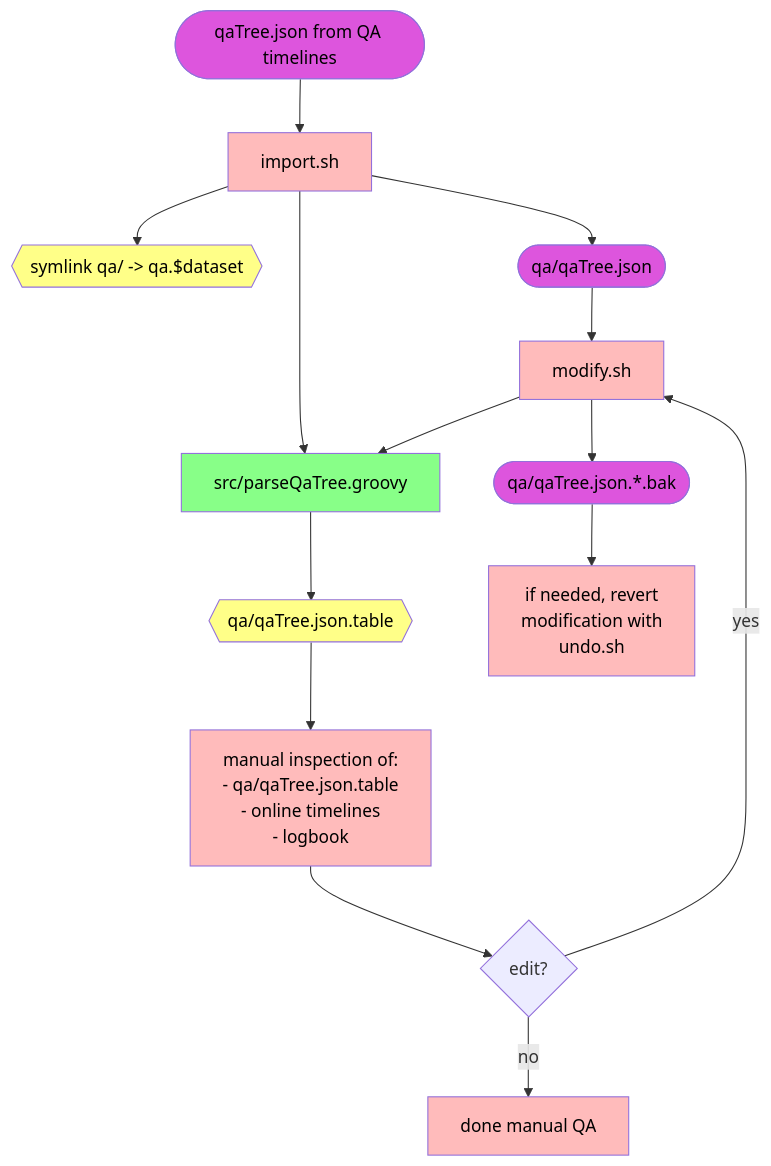
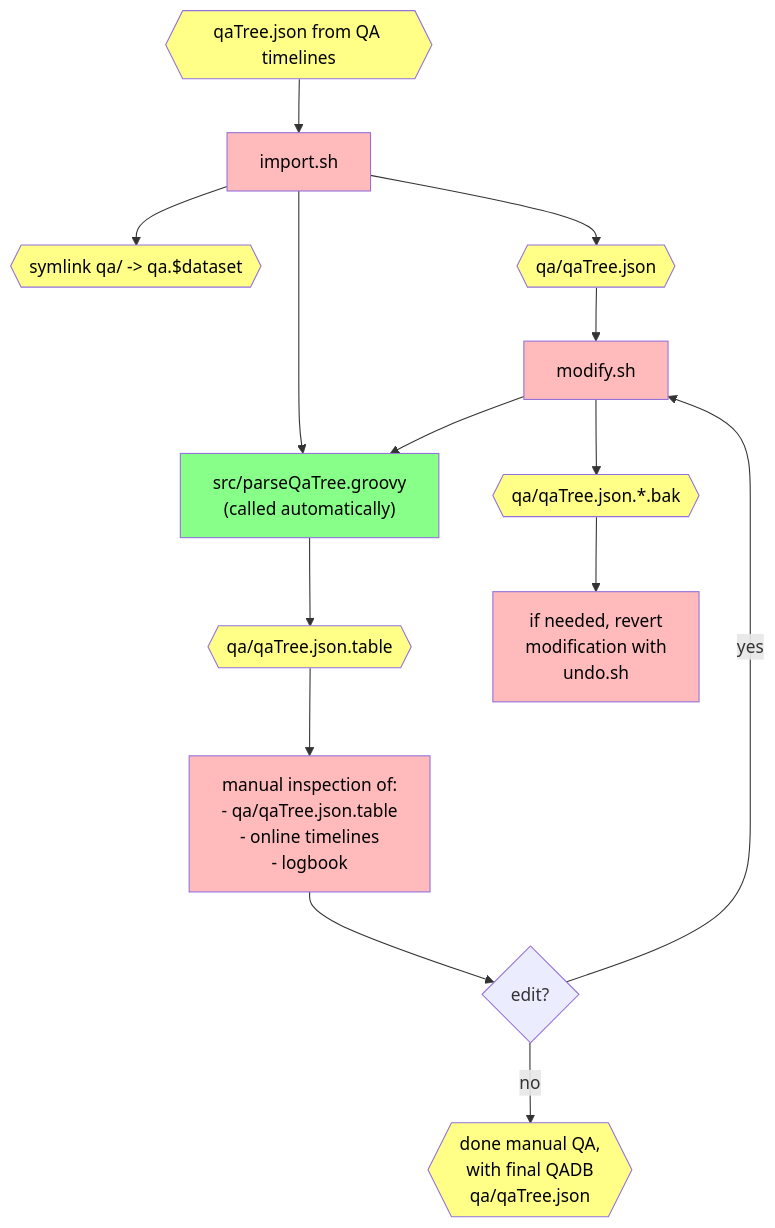
Before and after one commit to JeffersonLab/clas12-timeline: the diagram in qadb/README.md, drawn with Mermaid.

````diff
--- a/qadb/README.md
+++ b/qadb/README.md
@@ -40,38 +40,36 @@
 ```mermaid
 flowchart TB
 
     classDef data fill:#ff8,color:black
     classDef auto fill:#8f8,color:black
     classDef manual fill:#fbb,color:black
-    classDef timeline fill:#8af,color:black
-    classDef json fill:#d5d,color:black
 
-    qaTreeInit([qaTree.json from QA timelines]):::json
+    qaTreeInit{{qaTree.json from QA timelines}}:::data
     import[import.sh]:::manual
-    parse[src/parseQaTree.groovy]:::auto
+    parse["src/parseQaTree.groovy<br>(called automatically)"]:::auto
     symlink{{symlink qa/ -> qa.$dataset}}:::data
-    qaTree([qa/qaTree.json]):::json
+    qaTree{{qa/qaTree.json}}:::data
     qaTable{{qa/qaTree.json.table}}:::data
 
     qaTreeInit --> import
     import --> symlink
     import --> qaTree
     import --> parse
     parse --> qaTable
 
     inspect[manual inspection of:<br>- qa/qaTree.json.table<br>- online timelines<br>- logbook]:::manual
     edit{edit?}
     modify[modify.sh]:::manual
-    qaBak([qa/qaTree.json.*.bak]):::json
+    qaBak{{qa/qaTree.json.*.bak}}:::data
     undo[if needed, revert<br>modification with<br>undo.sh]:::manual
 
     qaTable --> inspect
     inspect --> edit
 
     edit -->|yes|modify --> parse
     qaTree --> modify
     modify --> qaBak
     qaBak --> undo
 
-    edit -->|no|done[done manual QA]:::manual
+    edit -->|no|done{{done manual QA,<br>with final QADB<br>qa/qaTree.json}}:::data
 ```
````
